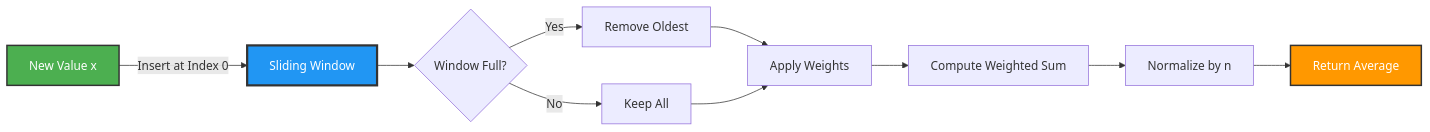
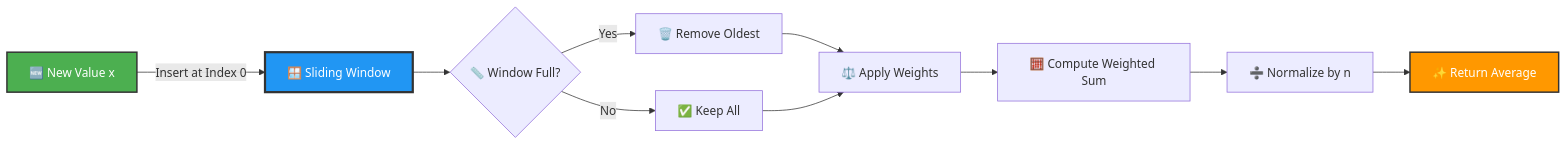
One commit to LuthandoCandlovu/sarao-technical-challenge changed the first of 2 diagrams in project-2/README.md. Above: the diagram before and after it, drawn with Mermaid. The commit also changed other lines of this file, not shown here.

````diff
--- a/project-2/README.md
+++ b/project-2/README.md
@@ -13,16 +32,16 @@
 ```mermaid
 graph LR
-    A[New Value x] -->|Insert at Index 0| B[Sliding Window]
-    B --> C{Window Full?}
-    C -->|Yes| D[Remove Oldest]
-    C -->|No| E[Keep All]
-    D --> F[Apply Weights]
+    A[🆕 New Value x] -->|Insert at Index 0| B[🪟 Sliding Window]
+    B --> C{📏 Window Full?}
+    C -->|Yes| D[🗑️ Remove Oldest]
+    C -->|No| E[✅ Keep All]
+    D --> F[⚖️ Apply Weights]
     E --> F
-    F --> G[Compute Weighted Sum]
-    G --> H[Normalize by n]
-    H --> I[Return Average]
+    F --> G[🧮 Compute Weighted Sum]
+    G --> H[➗ Normalize by n]
+    H --> I[✨ Return Average]
 
     style A fill:#4CAF50,stroke:#333,stroke-width:2px,color:#fff
     style B fill:#2196F3,stroke:#333,stroke-width:3px,color:#fff
     style I fill:#FF9800,stroke:#333,stroke-width:2px,color:#fff
 ```
````
